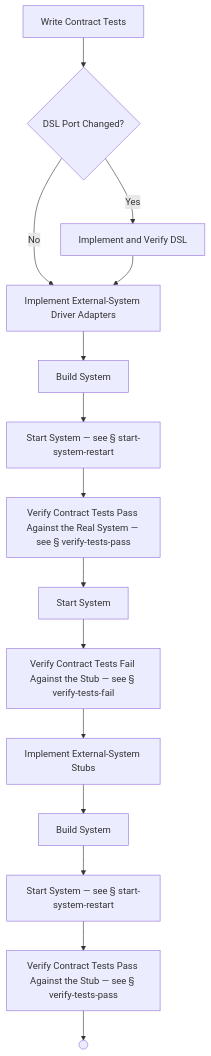
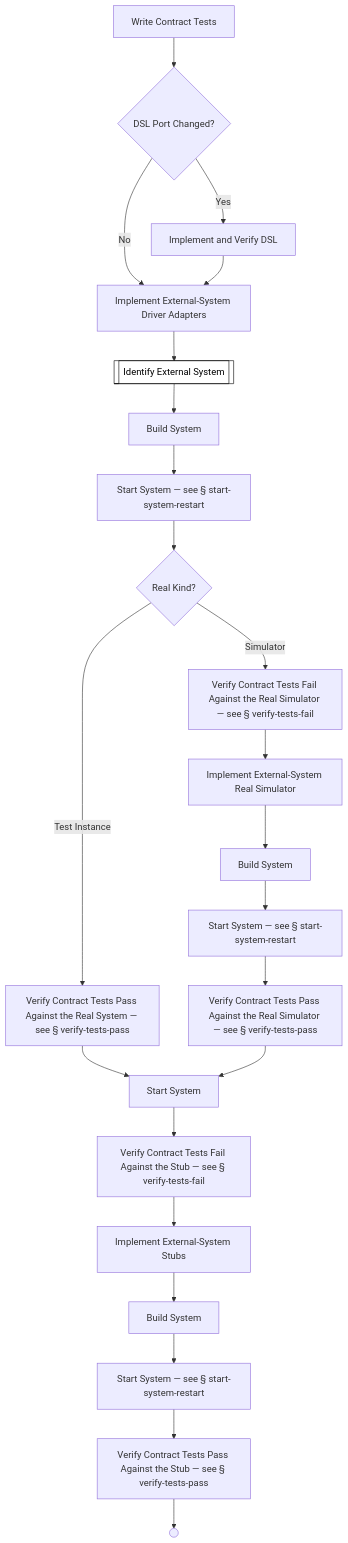
One commit to optivem/gh-optivem changed diagram 19 of 53 in docs/process-diagram.md. Above: the diagram before and after it, drawn with Mermaid. The commit also changed other lines of this file and 7 other files, not shown here.

Commit message:
atdd: regenerate process-flow diagram

````diff
--- a/docs/process-diagram.md
+++ b/docs/process-diagram.md
@@ -353,32 +353,50 @@
 ```mermaid
 flowchart TD
     BUILD_SYSTEM_AFTER_DRIVER[Build System]
+    BUILD_SYSTEM_AFTER_SIMULATOR[Build System]
     BUILD_SYSTEM_AFTER_STUBS[Build System]
     GATE_DSL_PORT_CHANGED{DSL Port Changed?}
+    GATE_REAL_KIND{Real Kind?}
+    IDENTIFY_EXTERNAL_SYSTEM[[Identify External System]]
     IMPLEMENT_AND_VERIFY_DSL[Implement and Verify DSL]
     IMPLEMENT_EXTERNAL_SYSTEM_DRIVER_ADAPTERS[Implement External-System Driver Adapters]
+    IMPLEMENT_EXTERNAL_SYSTEM_REAL_SIMULATOR[Implement External-System Real Simulator]
     IMPLEMENT_EXTERNAL_SYSTEM_STUBS[Implement External-System Stubs]
     IMPL_EXT_DRIVER_CT_END(( ))
     START_SYSTEM_AFTER_DRIVER[Start System — see § start-system-restart]
+    START_SYSTEM_AFTER_SIMULATOR[Start System — see § start-system-restart]
     START_SYSTEM_AFTER_STUBS[Start System — see § start-system-restart]
     START_SYSTEM_BEFORE_STUB_FAIL[Start System]
+    VERIFY_TESTS_FAIL_CONTRACT_REAL[Verify Contract Tests Fail Against the Real Simulator — see § verify-tests-fail]
     VERIFY_TESTS_FAIL_CONTRACT_STUB[Verify Contract Tests Fail Against the Stub — see § verify-tests-fail]
     VERIFY_TESTS_PASS_CONTRACT_REAL[Verify Contract Tests Pass Against the Real System — see § verify-tests-pass]
+    VERIFY_TESTS_PASS_CONTRACT_REAL_AFTER_SIMULATOR[Verify Contract Tests Pass Against the Real Simulator — see § verify-tests-pass]
     VERIFY_TESTS_PASS_CONTRACT_STUB[Verify Contract Tests Pass Against the Stub — see § verify-tests-pass]
     WRITE_CONTRACT_TESTS[Write Contract Tests]
 
     WRITE_CONTRACT_TESTS --> GATE_DSL_PORT_CHANGED
     GATE_DSL_PORT_CHANGED -- Yes --> IMPLEMENT_AND_VERIFY_DSL
     GATE_DSL_PORT_CHANGED -- No --> IMPLEMENT_EXTERNAL_SYSTEM_DRIVER_ADAPTERS
     IMPLEMENT_AND_VERIFY_DSL --> IMPLEMENT_EXTERNAL_SYSTEM_DRIVER_ADAPTERS
-    IMPLEMENT_EXTERNAL_SYSTEM_DRIVER_ADAPTERS --> BUILD_SYSTEM_AFTER_DRIVER
+    IMPLEMENT_EXTERNAL_SYSTEM_DRIVER_ADAPTERS --> IDENTIFY_EXTERNAL_SYSTEM
+    IDENTIFY_EXTERNAL_SYSTEM --> BUILD_SYSTEM_AFTER_DRIVER
     BUILD_SYSTEM_AFTER_DRIVER --> START_SYSTEM_AFTER_DRIVER
-    START_SYSTEM_AFTER_DRIVER --> VERIFY_TESTS_PASS_CONTRACT_REAL
+    START_SYSTEM_AFTER_DRIVER --> GATE_REAL_KIND
+    GATE_REAL_KIND -- Test Instance --> VERIFY_TESTS_PASS_CONTRACT_REAL
     VERIFY_TESTS_PASS_CONTRACT_REAL --> START_SYSTEM_BEFORE_STUB_FAIL
+    GATE_REAL_KIND -- Simulator --> VERIFY_TESTS_FAIL_CONTRACT_REAL
+    VERIFY_TESTS_FAIL_CONTRACT_REAL --> IMPLEMENT_EXTERNAL_SYSTEM_REAL_SIMULATOR
+    IMPLEMENT_EXTERNAL_SYSTEM_REAL_SIMULATOR --> BUILD_SYSTEM_AFTER_SIMULATOR
+    BUILD_SYSTEM_AFTER_SIMULATOR --> START_SYSTEM_AFTER_SIMULATOR
+    START_SYSTEM_AFTER_SIMULATOR --> VERIFY_TESTS_PASS_CONTRACT_REAL_AFTER_SIMULATOR
+    VERIFY_TESTS_PASS_CONTRACT_REAL_AFTER_SIMULATOR --> START_SYSTEM_BEFORE_STUB_FAIL
     START_SYSTEM_BEFORE_STUB_FAIL --> VERIFY_TESTS_FAIL_CONTRACT_STUB
     VERIFY_TESTS_FAIL_CONTRACT_STUB --> IMPLEMENT_EXTERNAL_SYSTEM_STUBS
     IMPLEMENT_EXTERNAL_SYSTEM_STUBS --> BUILD_SYSTEM_AFTER_STUBS
     BUILD_SYSTEM_AFTER_STUBS --> START_SYSTEM_AFTER_STUBS
     START_SYSTEM_AFTER_STUBS --> VERIFY_TESTS_PASS_CONTRACT_STUB
     VERIFY_TESTS_PASS_CONTRACT_STUB --> IMPL_EXT_DRIVER_CT_END
+
+    classDef serviceNode fill:#ffffff,stroke:#000000,stroke-width:1px,color:#000000
+    class IDENTIFY_EXTERNAL_SYSTEM serviceNode
 ```
````
